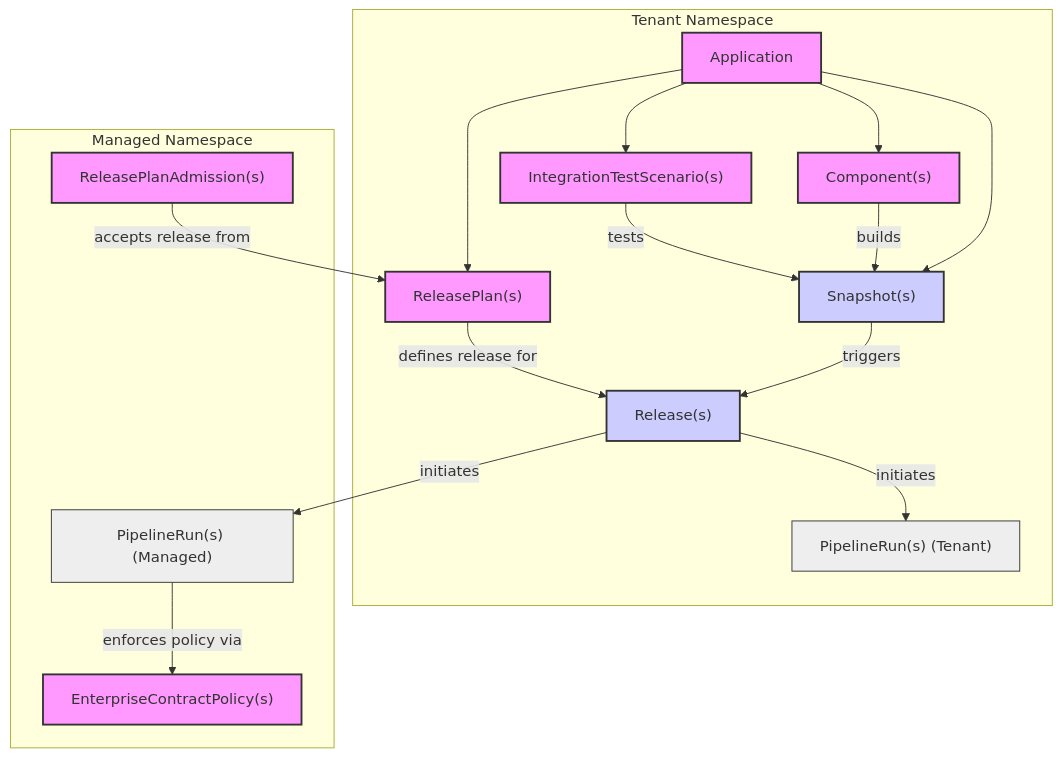
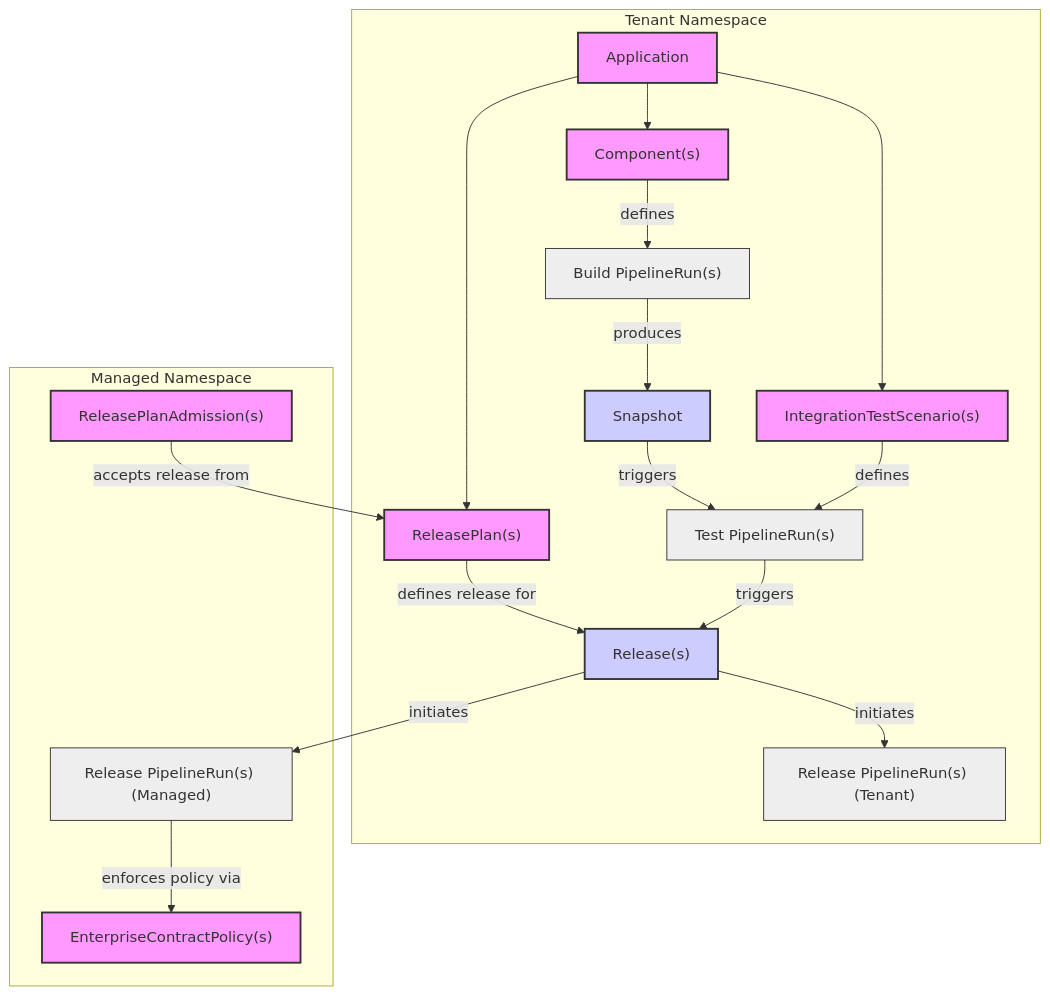
The first of 3 diagrams in architecture/index.md (konflux-ci/architecture), drawn with Mermaid before and after one commit.

Commit message:
Include pipeline runs in application context view

````diff
--- a/architecture/index.md
+++ b/architecture/index.md
@@ -47,53 +47,56 @@
 ```mermaid
 graph TD
     subgraph tenant[Tenant Namespace]
         App[Application] --> Comp["Component(s)"]
-        App --> Snap["Snapshot(s)"]
         App --> ITS["IntegrationTestScenario(s)"]
         App --> RP["ReleasePlan(s)"]
 
-        Comp -- builds --> Snap
-        ITS -- tests --> Snap
-        Snap -- triggers --> Release["Release(s)"]
+        Comp -- defines --> BPR["Build PipelineRun(s)"]
+        BPR -- produces --> Snap["Snapshot"]
+        ITS -- defines --> TPR["Test PipelineRun(s)"]
+        Snap -- triggers --> TPR
+        TPR -- triggers --> Release["Release(s)"]
         RP -- defines release for --> Release
 
-        Release -- initiates --> PR["PipelineRun(s) (Tenant)"]
+        Release -- initiates --> PR["Release PipelineRun(s) (Tenant)"]
     end
 
     subgraph managed[Managed Namespace]
         RPA["ReleasePlanAdmission(s)"]
         ECP["EnterpriseContractPolicy(s)"]
 
-        Release -- initiates --> PRM["PipelineRun(s) (Managed)"]
+        Release -- initiates --> PRM["Release PipelineRun(s) (Managed)"]
         RPA -- accepts release from --> RP
         PRM -- enforces policy via --> ECP
     end
 
     style App fill:#f9f,stroke:#333,stroke-width:2px
     style Comp fill:#f9f,stroke:#333,stroke-width:2px
     style Snap fill:#ccf,stroke:#333,stroke-width:2px
     style ITS fill:#f9f,stroke:#333,stroke-width:2px
     style RP fill:#f9f,stroke:#333,stroke-width:2px
     style Release fill:#ccf,stroke:#333,stroke-width:2px
     style PR fill:#eee,stroke:#333,stroke-width:1px
+    style PRM fill:#eee,stroke:#333,stroke-width:1px
+    style BPR fill:#eee,stroke:#333,stroke-width:1px
+    style TPR fill:#eee,stroke:#333,stroke-width:1px
     style RPA fill:#f9f,stroke:#333,stroke-width:2px
     style ECP fill:#f9f,stroke:#333,stroke-width:2px
-    style PRM fill:#eee,stroke:#333,stroke-width:1px
 
     classDef controlPlane fill:#f9f,stroke:#333,stroke-width:2px;
     class App,Comp,ITS,RP,RPA,ECP controlPlane;
 
     classDef dataPlane fill:#ccf,stroke:#333,stroke-width:2px;
     class Snap,Release dataPlane;
 
     classDef tekton fill:#eee,stroke:#333,stroke-width:1px;
-    class PR,PRM tekton;
+    class PR,PRM,BPR,TPR tekton;
 
     click App href "https://redhat-appstudio.github.io/docs/api-references/application-environment-api/#application" "Application API Reference"
     click Comp href "https://redhat-appstudio.github.io/docs/api-references/application-environment-api/#component" "Component API Reference"
     click Snap href "https://redhat-appstudio.github.io/docs/api-references/application-environment-api/#snapshot" "Snapshot API Reference"
     click ITS href "https://redhat-appstudio.github.io/docs/api-references/integration-service/#integrationtestscenario" "IntegrationTestScenario API Reference"
     click Release href "https://redhat-appstudio.github.io/docs/api-references/release-service/#release" "Release API Reference"
     click RP href "https://redhat-appstudio.github.io/docs/api-references/release-service/#releaseplan" "ReleasePlan API Reference"
     click RPA href "https://redhat-appstudio.github.io/docs/api-references/release-service/#releaseplanadmission" "ReleasePlanAdmission API Reference"
 ```
````
